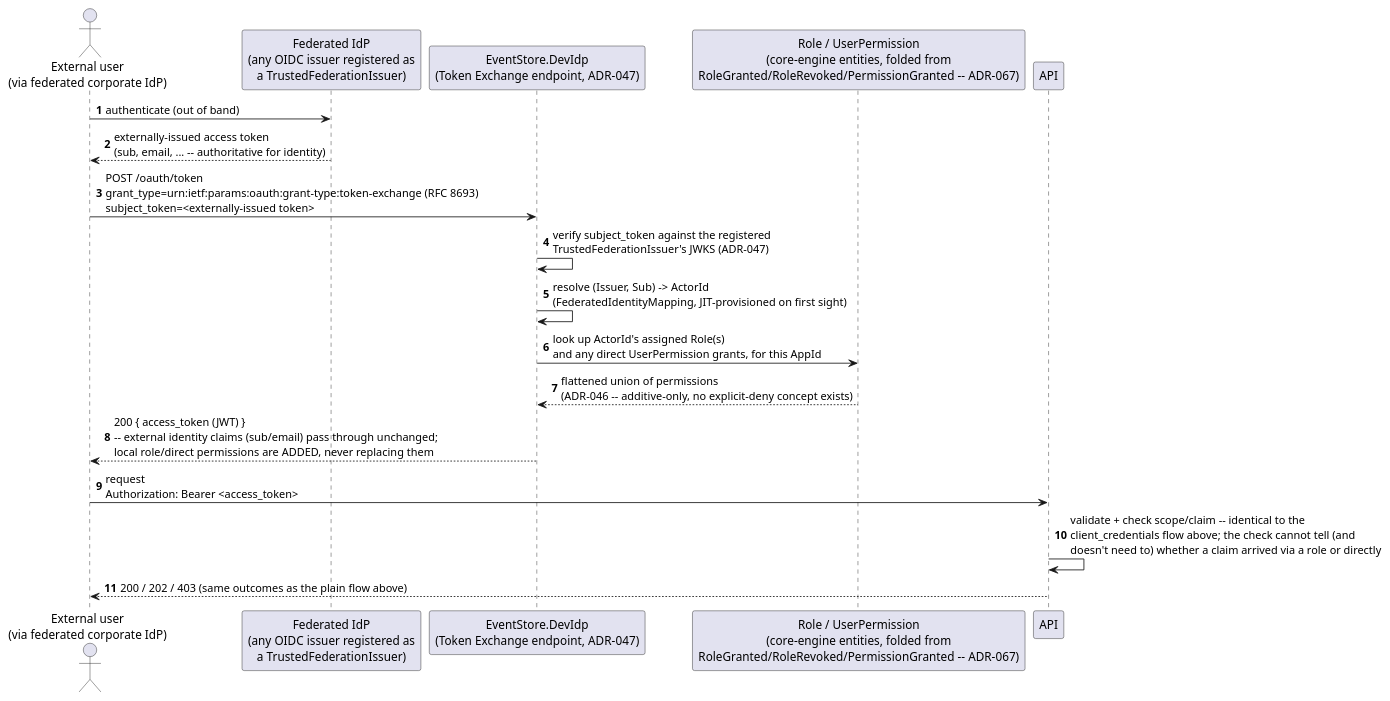
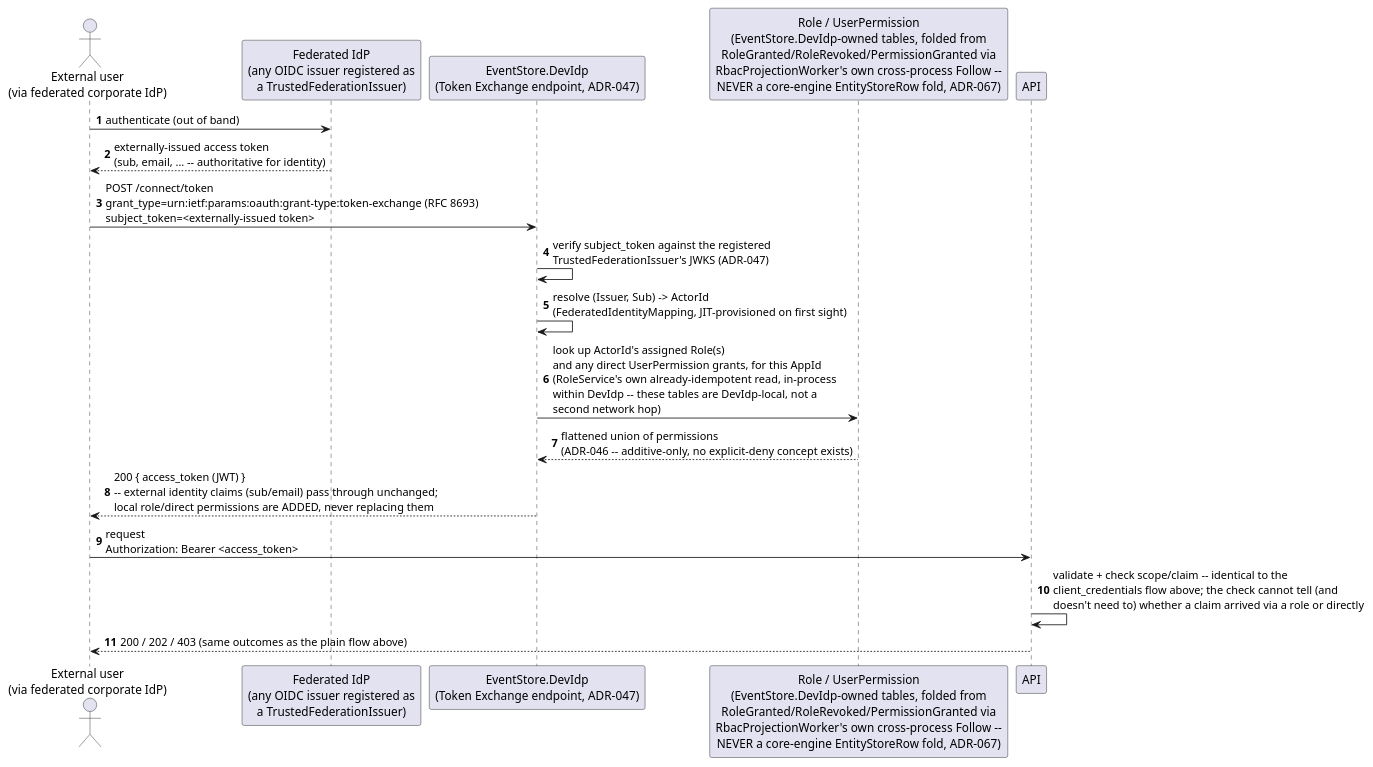
One commit to Mwwhited-BookLearning/EventSourcing changed the second of 6 diagrams in docs/features/auth.md. Above: the diagram before and after it, drawn with PlantUML. The commit also changed other lines of this file and 46 other files, not shown here.

````diff
--- a/docs/features/auth.md
+++ b/docs/features/auth.md
@@ -83,22 +88,22 @@
 ```plantuml
 @startuml Auth_RbacClaimsAugmentation_Sequence
 autonumber
 actor "External user\n(via federated corporate IdP)" as user
 participant "Federated IdP\n(any OIDC issuer registered as\na TrustedFederationIssuer)" as fedIdp
 participant "EventStore.DevIdp\n(Token Exchange endpoint, ADR-047)" as idp
-participant "Role / UserPermission\n(core-engine entities, folded from\nRoleGranted/RoleRevoked/PermissionGranted -- ADR-067)" as rbac
+participant "Role / UserPermission\n(EventStore.DevIdp-owned tables, folded from\nRoleGranted/RoleRevoked/PermissionGranted via\nRbacProjectionWorker's own cross-process Follow --\nNEVER a core-engine EntityStoreRow fold, ADR-067)" as rbac
 participant "API" as api
 
 user -> fedIdp: authenticate (out of band)
 fedIdp --> user: externally-issued access token\n(sub, email, ... -- authoritative for identity)
-user -> idp: POST /oauth/token\ngrant_type=urn:ietf:params:oauth:grant-type:token-exchange (RFC 8693)\nsubject_token=<externally-issued token>
+user -> idp: POST /connect/token\ngrant_type=urn:ietf:params:oauth:grant-type:token-exchange (RFC 8693)\nsubject_token=<externally-issued token>
 idp -> idp: verify subject_token against the registered\nTrustedFederationIssuer's JWKS (ADR-047)
 idp -> idp: resolve (Issuer, Sub) -> ActorId\n(FederatedIdentityMapping, JIT-provisioned on first sight)
-idp -> rbac: look up ActorId's assigned Role(s)\nand any direct UserPermission grants, for this AppId
+idp -> rbac: look up ActorId's assigned Role(s)\nand any direct UserPermission grants, for this AppId\n(RoleService's own already-idempotent read, in-process\nwithin DevIdp -- these tables are DevIdp-local, not a\nsecond network hop)
 rbac --> idp: flattened union of permissions\n(ADR-046 -- additive-only, no explicit-deny concept exists)
 idp --> user: 200 { access_token (JWT) }\n-- external identity claims (sub/email) pass through unchanged;\nlocal role/direct permissions are ADDED, never replacing them
 user -> api: request\nAuthorization: Bearer <access_token>
 api -> api: validate + check scope/claim -- identical to the\nclient_credentials flow above; the check cannot tell (and\ndoesn't need to) whether a claim arrived via a role or directly
 api --> user: 200 / 202 / 403 (same outcomes as the plain flow above)
 @enduml
 ```
````
